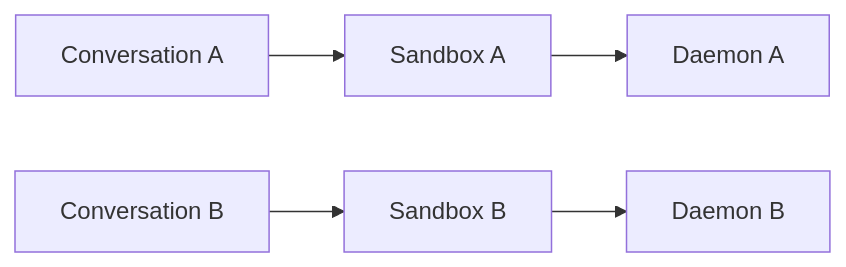
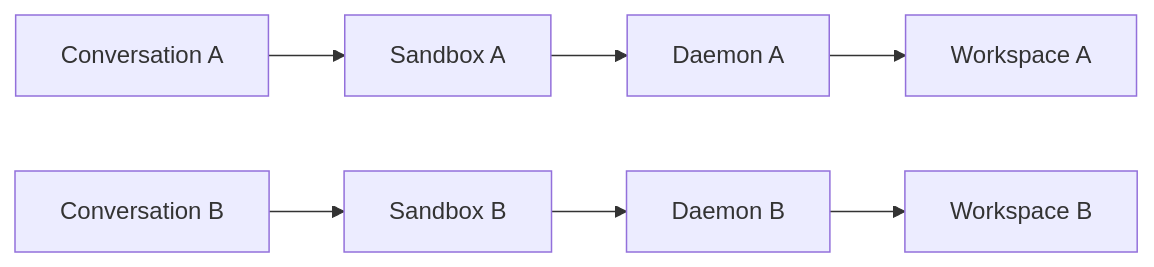
The second of 8 diagrams in README.md (AN-SWAPNIL/AgenticAI-Assignment), drawn with Mermaid before and after one commit. The commit also changed other lines of this file and 1 other file, not shown here.

````diff
--- a/README.md
+++ b/README.md
@@ -89,7 +90,10 @@
 ```mermaid
 flowchart LR
-  C1[Conversation A] --> S1[Sandbox A]
-  S1 --> D1[Daemon A]
-  C2[Conversation B] --> S2[Sandbox B]
-  S2 --> D2[Daemon B]
+  C1["Conversation A"] --> S1["Sandbox A"]
+  S1 --> D1["Daemon A"]
+  D1 --> W1["Workspace A"]
+
+  C2["Conversation B"] --> S2["Sandbox B"]
+  S2 --> D2["Daemon B"]
+  D2 --> W2["Workspace B"]
 ```
````
